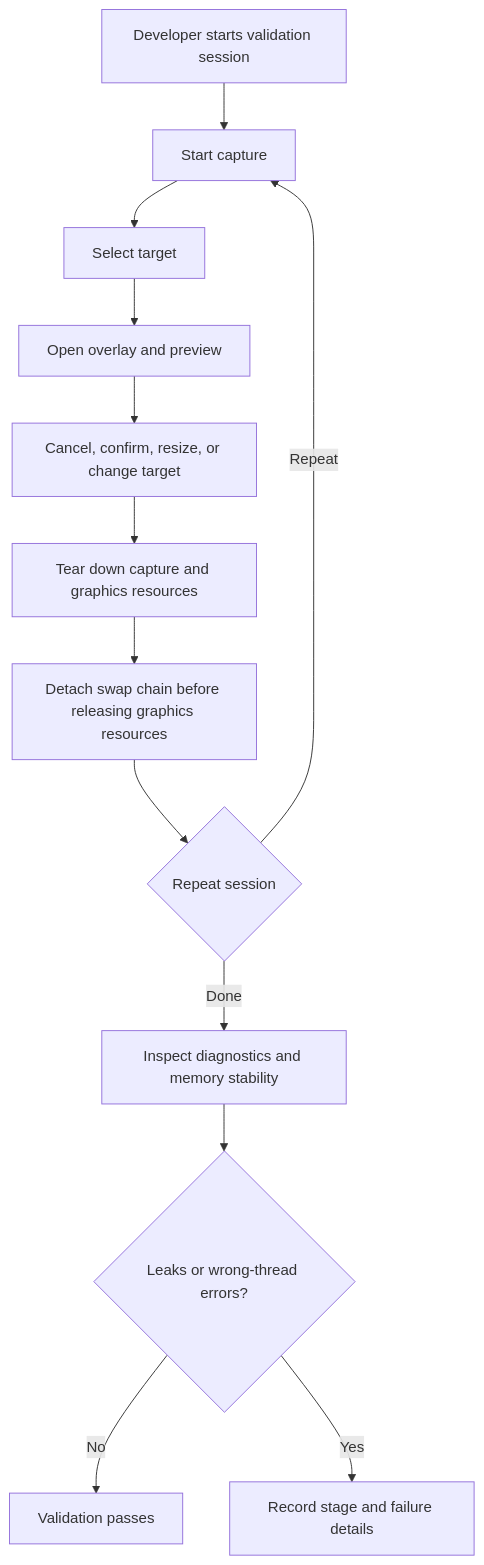
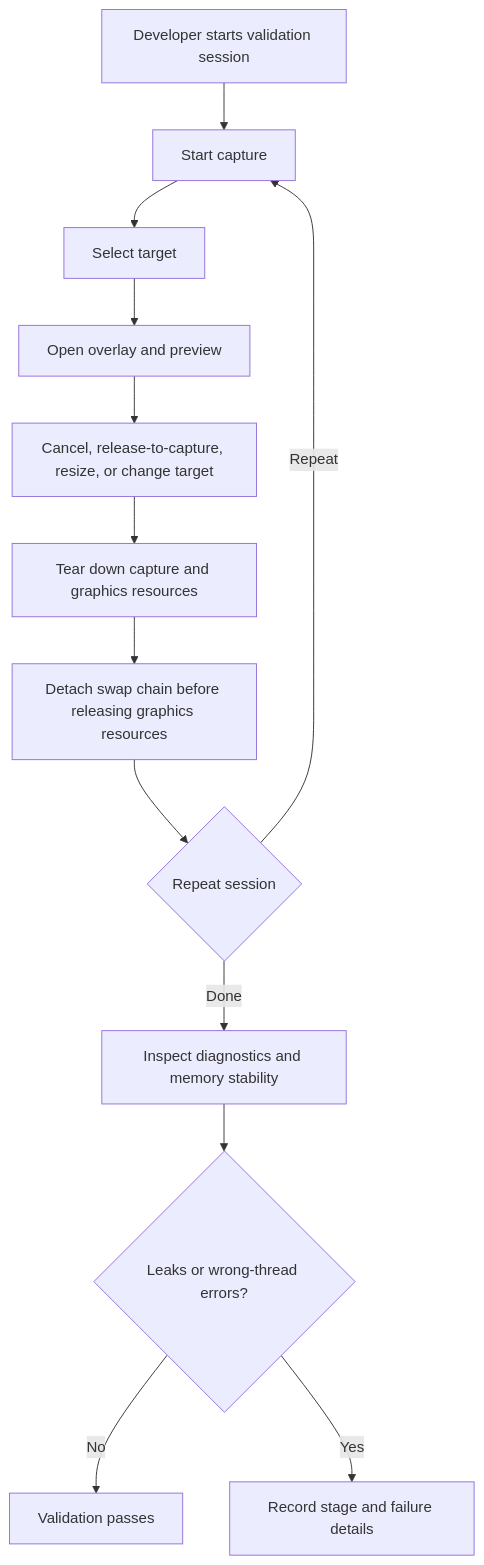
One commit to Mournerliao/lumiere changed the fourth of 4 diagrams in _bmad-output/planning-artifacts/ux-design-specification.md. Above: the diagram before and after it, drawn with Mermaid. The commit also changed other lines of this file and 113 other files, not shown here.

````diff
--- a/_bmad-output/planning-artifacts/ux-design-specification.md
+++ b/_bmad-output/planning-artifacts/ux-design-specification.md
@@ -796,15 +808,15 @@
 ```mermaid
 flowchart TD
     A["Developer starts validation session"] --> B["Start capture"]
     B --> C["Select target"]
     C --> D["Open overlay and preview"]
-    D --> E["Cancel, confirm, resize, or change target"]
+    D --> E["Cancel, release-to-capture, resize, or change target"]
     E --> F["Tear down capture and graphics resources"]
     F --> G["Detach swap chain before releasing graphics resources"]
     G --> H{Repeat session}
     H -- "Repeat" --> B
     H -- "Done" --> I["Inspect diagnostics and memory stability"]
     I --> J{Leaks or wrong-thread errors?}
     J -- "No" --> K["Validation passes"]
     J -- "Yes" --> L["Record stage and failure details"]
 ```
````
